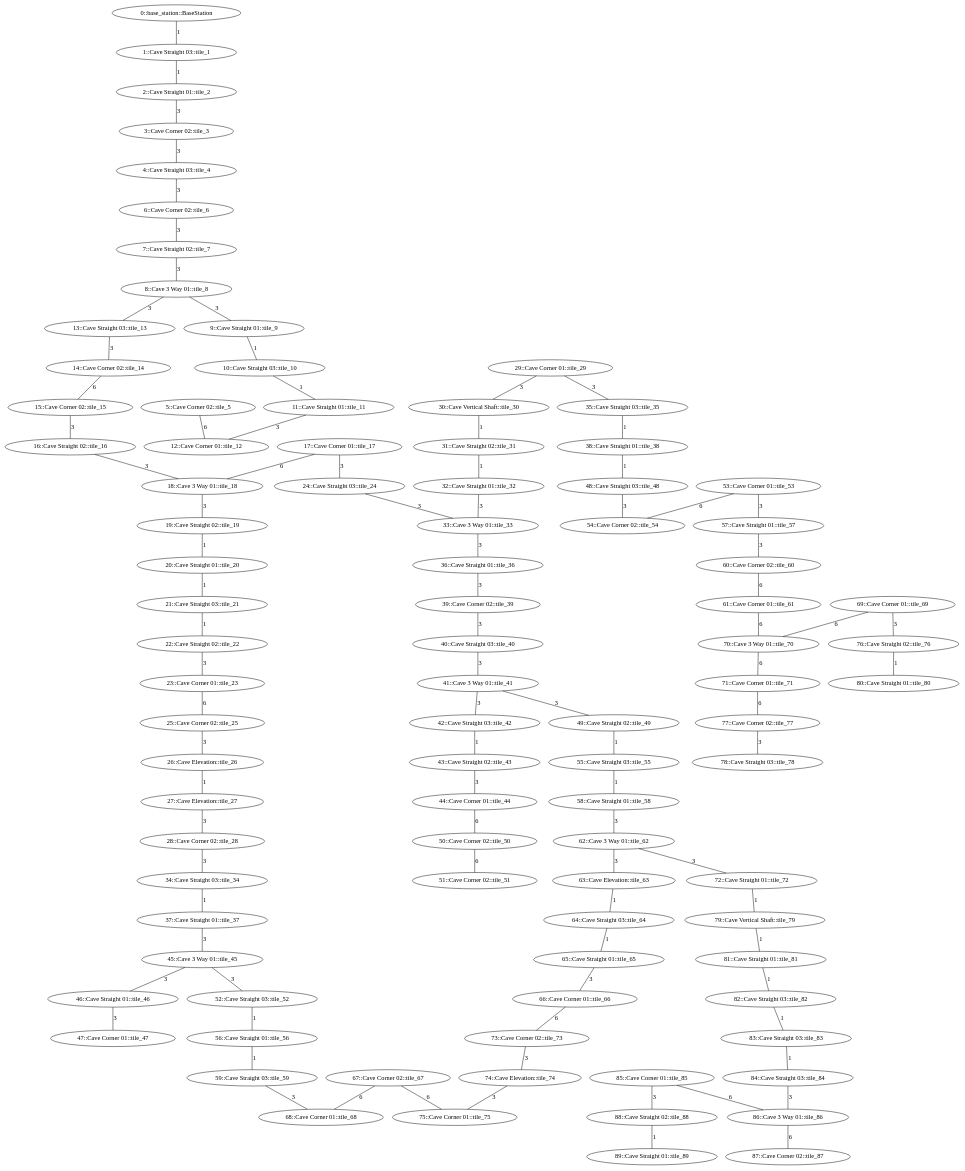
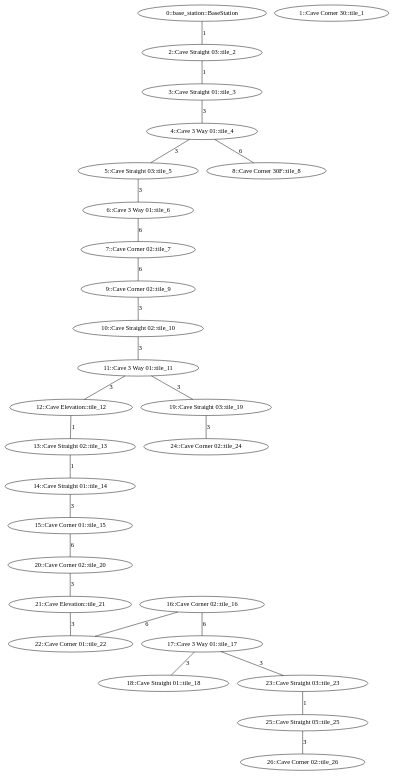
One commit to osrf/subt changed the diagram in subt_ign/worlds/simple_cave_03.dot. Above: the diagram before and after it, drawn with Graphviz. The commit also changed 1 other file, not shown here.

Commit message:
New world

```diff
--- a/subt_ign/worlds/simple_cave_03.dot
+++ b/subt_ign/worlds/simple_cave_03.dot
@@ -1,194 +1,66 @@
 /* Visibility graph for simple_cave_03 */
 /* Generated with the generator.py script: */
-/*   __main__.py simple_cave_03.tsv -\-graph-file simple_cave_03.dot -\-world-file simple_cave_03.sdf -\-world-name simple_cave_03 -\-scale_x 25 -\-scale_y 25 -\-cave -\-y0 0 -\-x0 0 -\-z0 0 -\-level_type row_col -\-levels_buf 5 */
+/*   __main__.py simple_cave_03.tsv -\-graph-file simple_cave_03.dot -\-world-file simple_cave_03.sdf -\-world-name simple_cave_03 -\-scale_x 25 -\-scale_y 25 -\-cave -\-y0 25 -\-x0 0 -\-z0 0 -\-level_type row_col -\-levels_buf 5 */
 
 graph {
   /* ==== Vertices ==== */
 
   /* Base station / Staging area */
   0   [label="0::base_station::BaseStation"];
 
-  1   [label="1::Cave Straight 03::tile_1"];
-  2   [label="2::Cave Straight 01::tile_2"];
-  3   [label="3::Cave Corner 02::tile_3"];
-  4   [label="4::Cave Straight 03::tile_4"];
-  5   [label="5::Cave Corner 02::tile_5"];
-  6   [label="6::Cave Corner 02::tile_6"];
-  7   [label="7::Cave Straight 02::tile_7"];
-  8   [label="8::Cave 3 Way 01::tile_8"];
-  9   [label="9::Cave Straight 01::tile_9"];
-  10  [label="10::Cave Straight 03::tile_10"];
-  11  [label="11::Cave Straight 01::tile_11"];
-  12  [label="12::Cave Corner 01::tile_12"];
-  13  [label="13::Cave Straight 03::tile_13"];
-  14  [label="14::Cave Corner 02::tile_14"];
-  15  [label="15::Cave Corner 02::tile_15"];
-  16  [label="16::Cave Straight 02::tile_16"];
-  17  [label="17::Cave Corner 01::tile_17"];
-  18  [label="18::Cave 3 Way 01::tile_18"];
-  19  [label="19::Cave Straight 02::tile_19"];
-  20  [label="20::Cave Straight 01::tile_20"];
-  21  [label="21::Cave Straight 03::tile_21"];
-  22  [label="22::Cave Straight 02::tile_22"];
-  23  [label="23::Cave Corner 01::tile_23"];
-  24  [label="24::Cave Straight 03::tile_24"];
-  25  [label="25::Cave Corner 02::tile_25"];
-  26  [label="26::Cave Elevation::tile_26"];
-  27  [label="27::Cave Elevation::tile_27"];
-  28  [label="28::Cave Corner 02::tile_28"];
-  29  [label="29::Cave Corner 01::tile_29"];
-  30  [label="30::Cave Vertical Shaft::tile_30"];
-  31  [label="31::Cave Straight 02::tile_31"];
-  32  [label="32::Cave Straight 01::tile_32"];
-  33  [label="33::Cave 3 Way 01::tile_33"];
-  34  [label="34::Cave Straight 03::tile_34"];
-  35  [label="35::Cave Straight 03::tile_35"];
-  36  [label="36::Cave Straight 01::tile_36"];
-  37  [label="37::Cave Straight 01::tile_37"];
-  38  [label="38::Cave Straight 01::tile_38"];
-  39  [label="39::Cave Corner 02::tile_39"];
-  40  [label="40::Cave Straight 03::tile_40"];
-  41  [label="41::Cave 3 Way 01::tile_41"];
-  42  [label="42::Cave Straight 03::tile_42"];
-  43  [label="43::Cave Straight 02::tile_43"];
-  44  [label="44::Cave Corner 01::tile_44"];
-  45  [label="45::Cave 3 Way 01::tile_45"];
-  46  [label="46::Cave Straight 01::tile_46"];
-  47  [label="47::Cave Corner 01::tile_47"];
-  48  [label="48::Cave Straight 03::tile_48"];
-  49  [label="49::Cave Straight 02::tile_49"];
-  50  [label="50::Cave Corner 02::tile_50"];
-  51  [label="51::Cave Corner 02::tile_51"];
-  52  [label="52::Cave Straight 03::tile_52"];
-  53  [label="53::Cave Corner 01::tile_53"];
-  54  [label="54::Cave Corner 02::tile_54"];
-  55  [label="55::Cave Straight 03::tile_55"];
-  56  [label="56::Cave Straight 01::tile_56"];
-  57  [label="57::Cave Straight 01::tile_57"];
-  58  [label="58::Cave Straight 01::tile_58"];
-  59  [label="59::Cave Straight 03::tile_59"];
-  60  [label="60::Cave Corner 02::tile_60"];
-  61  [label="61::Cave Corner 01::tile_61"];
-  62  [label="62::Cave 3 Way 01::tile_62"];
-  63  [label="63::Cave Elevation::tile_63"];
-  64  [label="64::Cave Straight 03::tile_64"];
-  65  [label="65::Cave Straight 01::tile_65"];
-  66  [label="66::Cave Corner 01::tile_66"];
-  67  [label="67::Cave Corner 02::tile_67"];
-  68  [label="68::Cave Corner 01::tile_68"];
-  69  [label="69::Cave Corner 01::tile_69"];
-  70  [label="70::Cave 3 Way 01::tile_70"];
-  71  [label="71::Cave Corner 01::tile_71"];
-  72  [label="72::Cave Straight 01::tile_72"];
-  73  [label="73::Cave Corner 02::tile_73"];
-  74  [label="74::Cave Elevation::tile_74"];
-  75  [label="75::Cave Corner 01::tile_75"];
-  76  [label="76::Cave Straight 02::tile_76"];
-  77  [label="77::Cave Corner 02::tile_77"];
-  78  [label="78::Cave Straight 03::tile_78"];
-  79  [label="79::Cave Vertical Shaft::tile_79"];
-  80  [label="80::Cave Straight 01::tile_80"];
-  81  [label="81::Cave Straight 01::tile_81"];
-  82  [label="82::Cave Straight 03::tile_82"];
-  83  [label="83::Cave Straight 03::tile_83"];
-  84  [label="84::Cave Straight 03::tile_84"];
-  85  [label="85::Cave Corner 01::tile_85"];
-  86  [label="86::Cave 3 Way 01::tile_86"];
-  87  [label="87::Cave Corner 02::tile_87"];
-  88  [label="88::Cave Straight 02::tile_88"];
-  89  [label="89::Cave Straight 01::tile_89"];
+  1   [label="1::Cave Corner 30::tile_1"];
+  2   [label="2::Cave Straight 03::tile_2"];
+  3   [label="3::Cave Straight 01::tile_3"];
+  4   [label="4::Cave 3 Way 01::tile_4"];
+  5   [label="5::Cave Straight 03::tile_5"];
+  6   [label="6::Cave 3 Way 01::tile_6"];
+  7   [label="7::Cave Corner 02::tile_7"];
+  8   [label="8::Cave Corner 30F::tile_8"];
+  9   [label="9::Cave Corner 02::tile_9"];
+  10  [label="10::Cave Straight 02::tile_10"];
+  11  [label="11::Cave 3 Way 01::tile_11"];
+  12  [label="12::Cave Elevation::tile_12"];
+  13  [label="13::Cave Straight 02::tile_13"];
+  14  [label="14::Cave Straight 01::tile_14"];
+  15  [label="15::Cave Corner 01::tile_15"];
+  16  [label="16::Cave Corner 02::tile_16"];
+  17  [label="17::Cave 3 Way 01::tile_17"];
+  18  [label="18::Cave Straight 01::tile_18"];
+  19  [label="19::Cave Straight 03::tile_19"];
+  20  [label="20::Cave Corner 02::tile_20"];
+  21  [label="21::Cave Elevation::tile_21"];
+  22  [label="22::Cave Corner 01::tile_22"];
+  23  [label="23::Cave Straight 03::tile_23"];
+  24  [label="24::Cave Corner 02::tile_24"];
+  25  [label="25::Cave Straight 05::tile_25"];
+  26  [label="26::Cave Corner 02::tile_26"];
 
   /* ==== Edges ==== */
 
   /* Base station */
-  0  -- 1   [label=1];
-  1  -- 2   [label=1];
-  2  -- 3   [label=3];
-  3  -- 4   [label=3];
-  4  -- 6   [label=3];
-  5  -- 12  [label=6];
-  6  -- 7   [label=3];
-  7  -- 8   [label=3];  /* Intersection */
-  8  -- 9   [label=3];  /* Intersection */
-  8  -- 13  [label=3];  /* Intersection */
-  9  -- 10  [label=1];
-  10 -- 11  [label=1];
-  11 -- 12  [label=3];
-  13 -- 14  [label=3];
-  14 -- 15  [label=6];
-  15 -- 16  [label=3];
-  16 -- 18  [label=3];  /* Intersection */
-  17 -- 18  [label=6];  /* Intersection */
-  17 -- 24  [label=3];
-  18 -- 19  [label=3];  /* Intersection */
-  19 -- 20  [label=1];
-  20 -- 21  [label=1];
-  21 -- 22  [label=1];
-  22 -- 23  [label=3];
-  23 -- 25  [label=6];
-  24 -- 33  [label=3];  /* Intersection */
+  0  -- 2   [label=1];
+  2  -- 3   [label=1];
+  3  -- 4   [label=3];  /* Intersection */
+  4  -- 5   [label=3];  /* Intersection */
+  4  -- 8   [label=6];  /* Intersection */
+  5  -- 6   [label=3];  /* Intersection */
+  6  -- 7   [label=6];  /* Intersection */
+  7  -- 9   [label=6];
+  9  -- 10  [label=3];
+  10 -- 11  [label=3];  /* Intersection */
+  11 -- 12  [label=3];  /* Intersection */
+  11 -- 19  [label=3];  /* Intersection */
+  12 -- 13  [label=1];
+  13 -- 14  [label=1];
+  14 -- 15  [label=3];
+  15 -- 20  [label=6];
+  16 -- 17  [label=6];  /* Intersection */
+  16 -- 22  [label=6];
+  17 -- 18  [label=3];  /* Intersection */
+  17 -- 23  [label=3];  /* Intersection */
+  19 -- 24  [label=3];
+  20 -- 21  [label=3];
+  21 -- 22  [label=3];
+  23 -- 25  [label=1];
   25 -- 26  [label=3];
-  26 -- 27  [label=1];
-  27 -- 28  [label=3];
-  28 -- 34  [label=3];
-  29 -- 30  [label=3];
-  29 -- 35  [label=3];
-  30 -- 31  [label=1];
-  31 -- 32  [label=1];
-  32 -- 33  [label=3];  /* Intersection */
-  33 -- 36  [label=3];  /* Intersection */
-  34 -- 37  [label=1];
-  35 -- 38  [label=1];
-  36 -- 39  [label=3];
-  37 -- 45  [label=3];  /* Intersection */
-  38 -- 48  [label=1];
-  39 -- 40  [label=3];
-  40 -- 41  [label=3];  /* Intersection */
-  41 -- 42  [label=3];  /* Intersection */
-  41 -- 49  [label=3];  /* Intersection */
-  42 -- 43  [label=1];
-  43 -- 44  [label=3];
-  44 -- 50  [label=6];
-  45 -- 46  [label=3];  /* Intersection */
-  45 -- 52  [label=3];  /* Intersection */
-  46 -- 47  [label=3];
-  48 -- 54  [label=3];
-  49 -- 55  [label=1];
-  50 -- 51  [label=6];
-  52 -- 56  [label=1];
-  53 -- 54  [label=6];
-  53 -- 57  [label=3];
-  55 -- 58  [label=1];
-  56 -- 59  [label=1];
-  57 -- 60  [label=3];
-  58 -- 62  [label=3];  /* Intersection */
-  59 -- 68  [label=3];
-  60 -- 61  [label=6];
-  61 -- 70  [label=6];  /* Intersection */
-  62 -- 63  [label=3];  /* Intersection */
-  62 -- 72  [label=3];  /* Intersection */
-  63 -- 64  [label=1];
-  64 -- 65  [label=1];
-  65 -- 66  [label=3];
-  66 -- 73  [label=6];
-  67 -- 68  [label=6];
-  67 -- 75  [label=6];
-  69 -- 70  [label=6];  /* Intersection */
-  69 -- 76  [label=3];
-  70 -- 71  [label=6];  /* Intersection */
-  71 -- 77  [label=6];
-  72 -- 79  [label=1];
-  73 -- 74  [label=3];
-  74 -- 75  [label=3];
-  76 -- 80  [label=1];
-  77 -- 78  [label=3];
-  79 -- 81  [label=1];
-  81 -- 82  [label=1];
-  82 -- 83  [label=1];
-  83 -- 84  [label=1];
-  84 -- 86  [label=3];  /* Intersection */
-  85 -- 86  [label=6];  /* Intersection */
-  85 -- 88  [label=3];
-  86 -- 87  [label=6];  /* Intersection */
-  88 -- 89  [label=1];
 }
```
